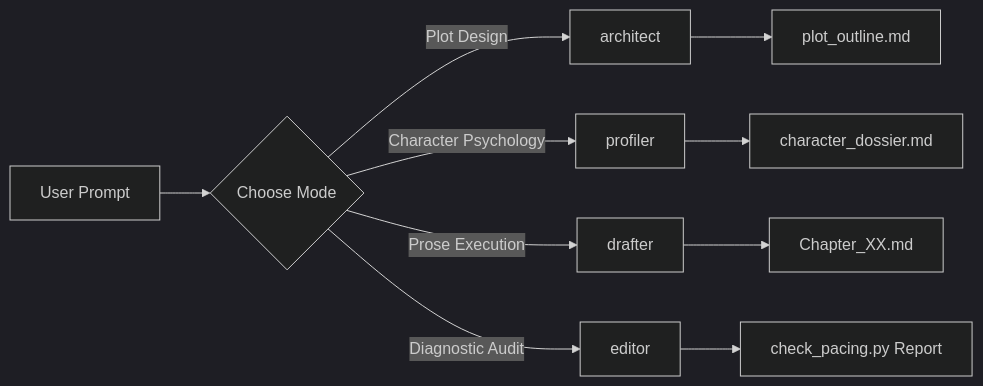
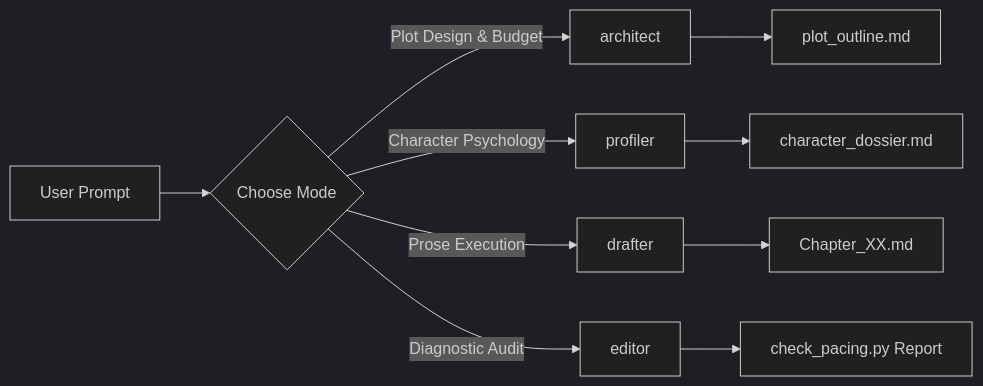
Before and after one commit to Rangga11268/novel-writing-craft-skill: the diagram in README.md, drawn with Mermaid (dark theme). The commit also changed other lines of this file and 4 other files, not shown here.

````diff
--- a/README.md
+++ b/README.md
@@ -108,13 +133,13 @@
 ```mermaid
 flowchart LR
     A[User Prompt] --> B{Choose Mode}
-    B -->|Plot Design| C[architect]
+    B -->|Plot Design & Budget| C[architect]
     B -->|Character Psychology| D[profiler]
     B -->|Prose Execution| E[drafter]
     B -->|Diagnostic Audit| F[editor]
 
     C --> G[plot_outline.md]
     D --> H[character_dossier.md]
     E --> I[Chapter_XX.md]
     F --> J[check_pacing.py Report]
 ```
````
